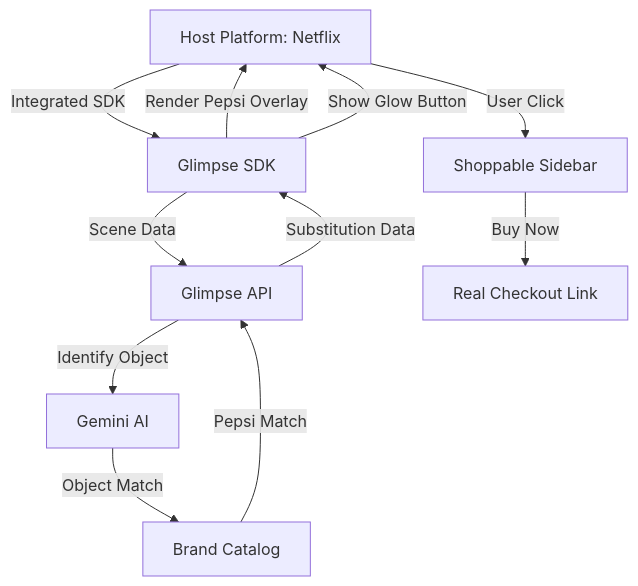
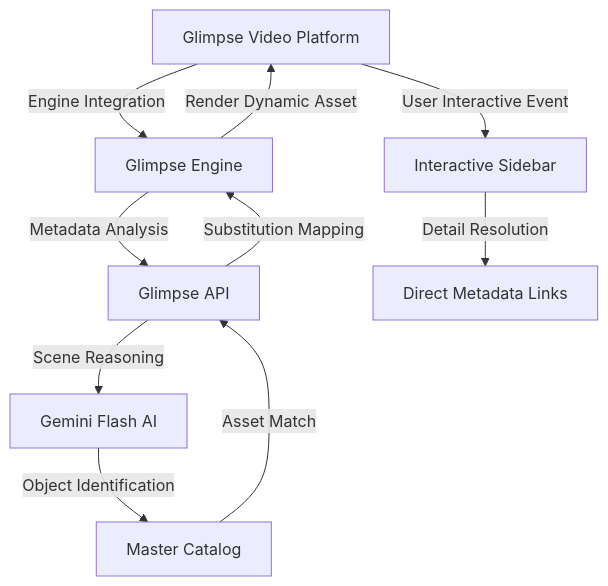
One commit to farhanmir/Glimpse changed the diagram in docs/technical_architecture.md. Above: the diagram before and after it, drawn with Mermaid. The commit also changed other lines of this file and 15 other files, not shown here.

````diff
--- a/docs/technical_architecture.md
+++ b/docs/technical_architecture.md
@@ -43,13 +42,12 @@
 ```mermaid
 graph TD
-    A[Host Platform: Netflix] -->|Integrated SDK| B[Glimpse SDK]
-    B -->|Scene Data| C[Glimpse API]
-    C -->|Identify Object| D[Gemini AI]
-    D -->|Object Match| E[Brand Catalog]
-    E -->|Pepsi Match| C
-    C -->|Substitution Data| B
-    B -->|Render Pepsi Overlay| A
-    B -->|Show Glow Button| A
-    A -->|User Click| F[Shoppable Sidebar]
-    F -->|Buy Now| G[Real Checkout Link]
+    A[Glimpse Video Platform] -->|Engine Integration| B[Glimpse Engine]
+    B -->|Metadata Analysis| C[Glimpse API]
+    C -->|Scene Reasoning| D[Gemini Flash AI]
+    D -->|Object Identification| E[Master Catalog]
+    E -->|Asset Match| C
+    C -->|Substitution Mapping| B
+    B -->|Render Dynamic Asset| A
+    A -->|User Interactive Event| F[Interactive Sidebar]
+    F -->|Detail Resolution| G[Direct Metadata Links]
 ```
````
